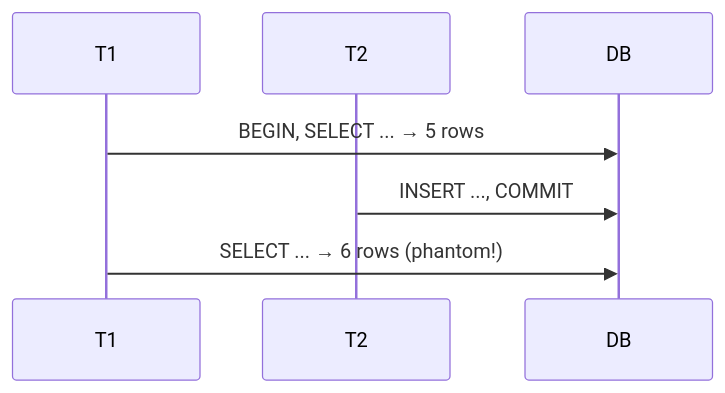
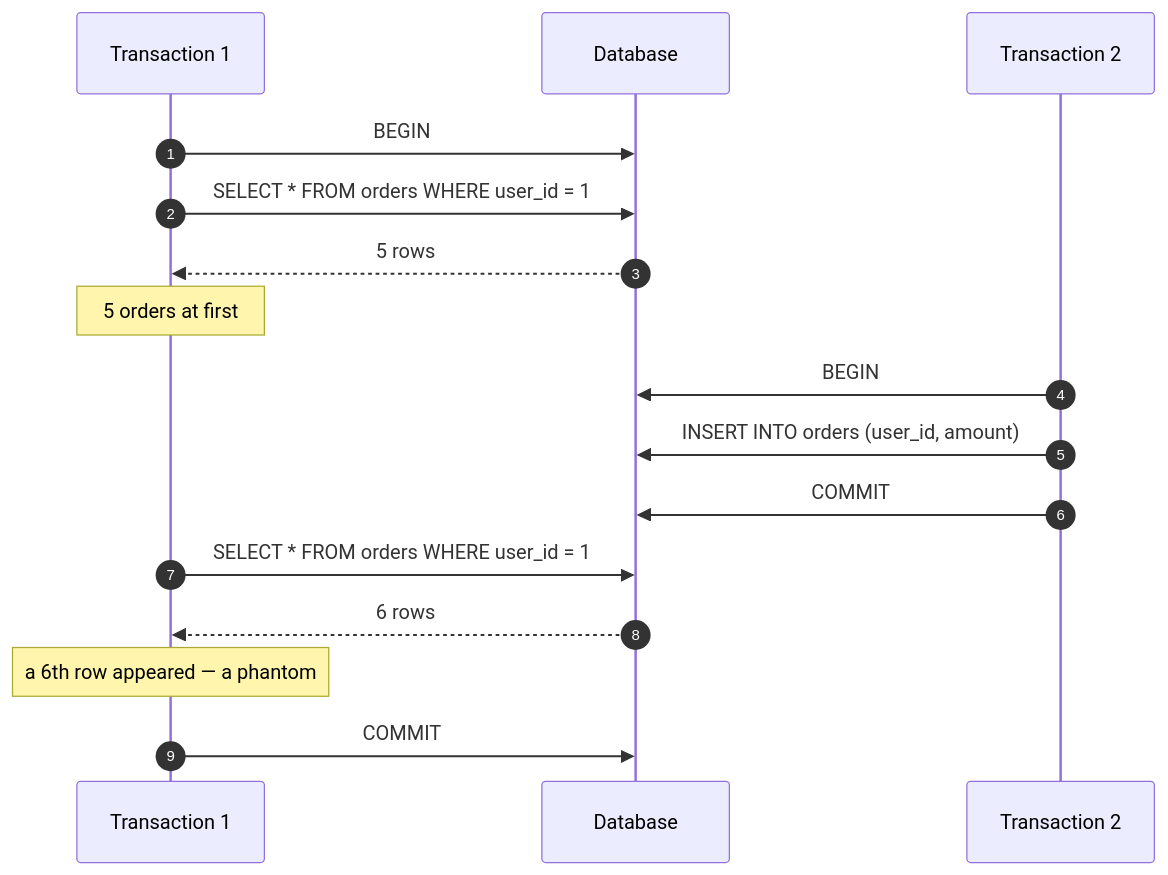
One commit to tanaymakharia17/tanaymakharia17.github.io changed the third of 5 diagrams in _posts/2026-09-23-concurrency-problems-isolation-levels.md. Above: the diagram before and after it, drawn with Mermaid. The commit also changed other lines of this file, not shown here.

Commit message:
Rewrite isolation levels post for beginners with clearer diagrams

````diff
--- a/_posts/2026-09-23-concurrency-problems-isolation-levels.md
+++ b/_posts/2026-09-23-concurrency-problems-isolation-levels.md
@@ -48,8 +91,19 @@
 ```mermaid
 sequenceDiagram
-    participant T1
-    participant T2
-    T1->>DB: BEGIN, SELECT ... → 5 rows
-    T2->>DB: INSERT ..., COMMIT
-    T1->>DB: SELECT ... → 6 rows (phantom!)
+    autonumber
+    participant T1 as Transaction 1
+    participant DB as Database
+    participant T2 as Transaction 2
+
+    T1->>DB: BEGIN
+    T1->>DB: SELECT * FROM orders WHERE user_id = 1
+    DB-->>T1: 5 rows
+    Note over T1: 5 orders at first
+    T2->>DB: BEGIN
+    T2->>DB: INSERT INTO orders (user_id, amount)
+    T2->>DB: COMMIT
+    T1->>DB: SELECT * FROM orders WHERE user_id = 1
+    DB-->>T1: 6 rows
+    Note over T1: a 6th row appeared — a phantom
+    T1->>DB: COMMIT
 ```
````
